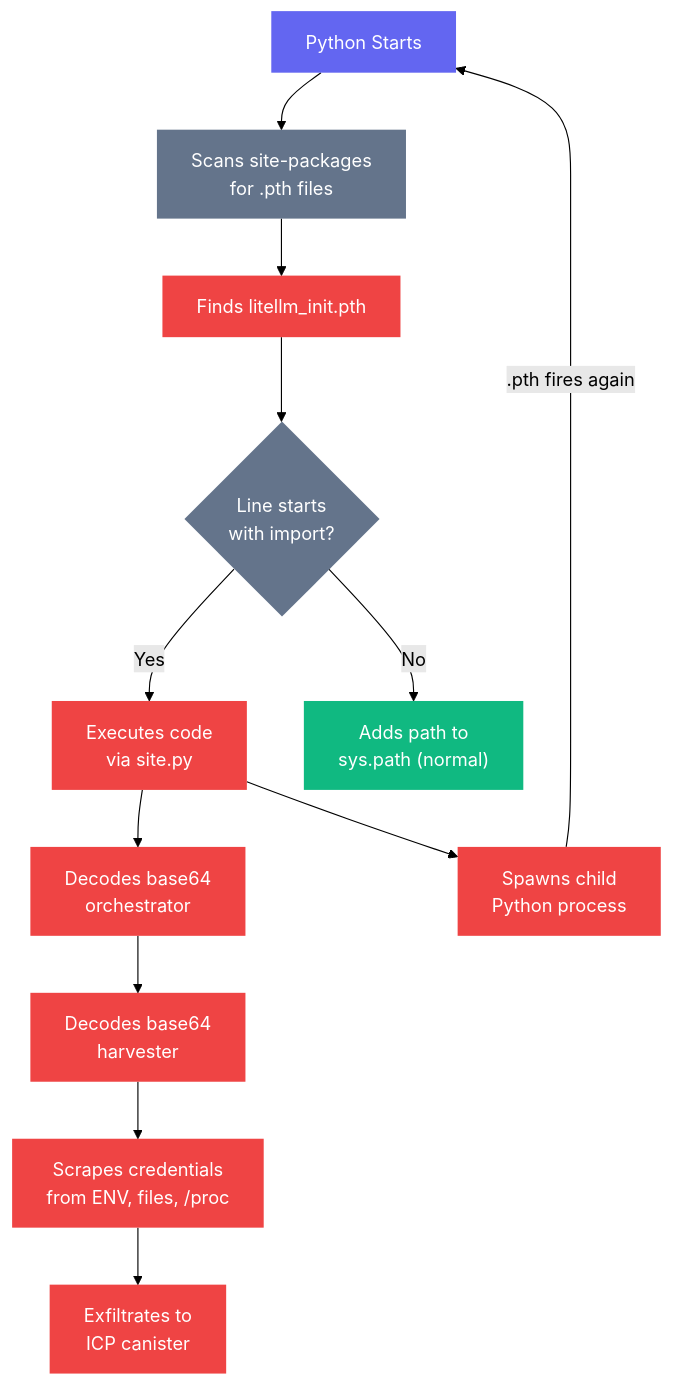
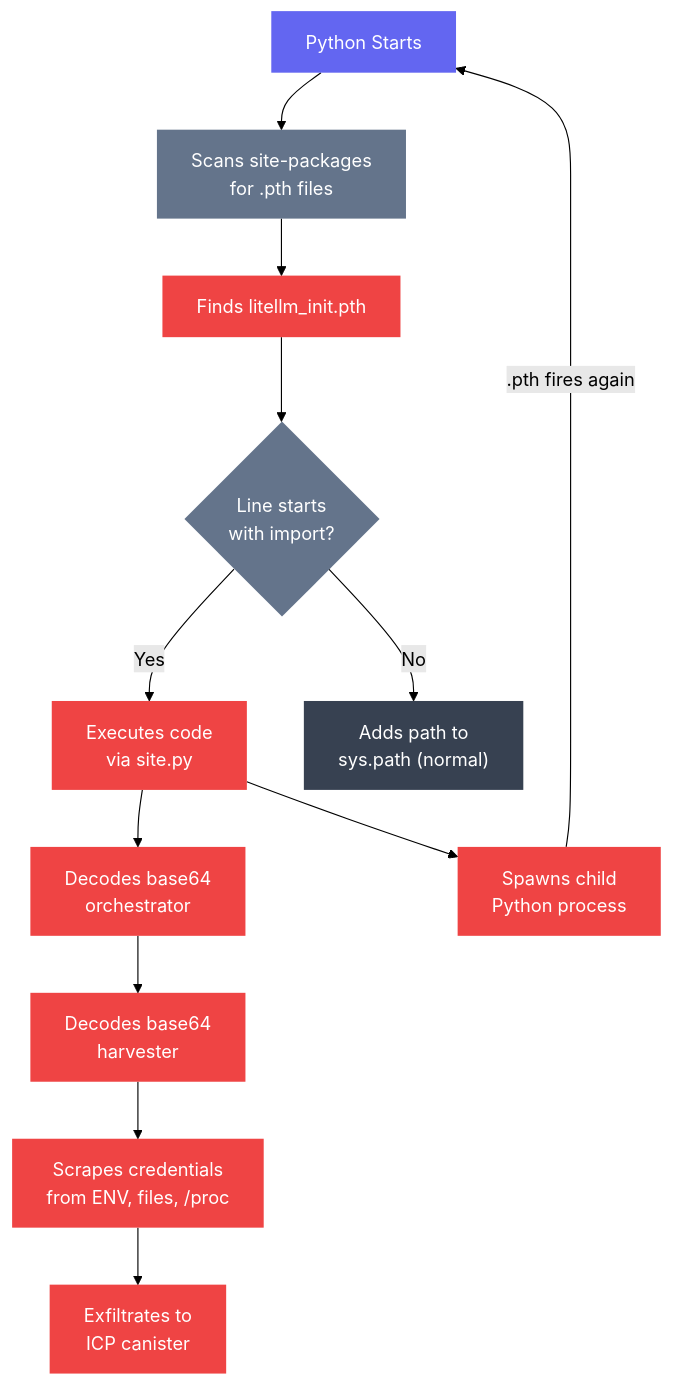
One commit to ashwingopalsamy/site changed the fourth of 4 diagrams in content/writing/litellm-supply-chain-attack.md. Above: the diagram before and after it, drawn with Mermaid (forest theme). The commit also changed other lines of this file and 26 other files, not shown here.

```diff
--- a/content/writing/litellm-supply-chain-attack.md
+++ b/content/writing/litellm-supply-chain-attack.md
@@ -132,21 +132,21 @@
 {{< mermaid >}}
 graph TD
     A["Python Starts"]:::info --> B["Scans site-packages<br/>for .pth files"]:::neutral
     B --> C["Finds litellm_init.pth"]:::danger
     C --> D{"Line starts<br/>with import?"}:::neutral
     D -->|Yes| E["Executes code<br/>via site.py"]:::danger
     E --> F["Decodes base64<br/>orchestrator"]:::danger
     F --> G["Decodes base64<br/>harvester"]:::danger
     G --> H["Scrapes credentials<br/>from ENV, files, /proc"]:::danger
     H --> I["Exfiltrates to<br/>ICP canister"]:::danger
 
     D -->|No| J["Adds path to<br/>sys.path (normal)"]:::safe
 
     E --> K["Spawns child<br/>Python process"]:::danger
     K -->|".pth fires again"| A
 
     classDef info fill:#6366f1,color:#fff,stroke:none
     classDef neutral fill:#64748b,color:#fff,stroke:none
     classDef danger fill:#ef4444,color:#fff,stroke:none
-    classDef safe fill:#10b981,color:#fff,stroke:none
+    classDef safe fill:#374151,color:#fff,stroke:none
 {{< /mermaid >}}
```
